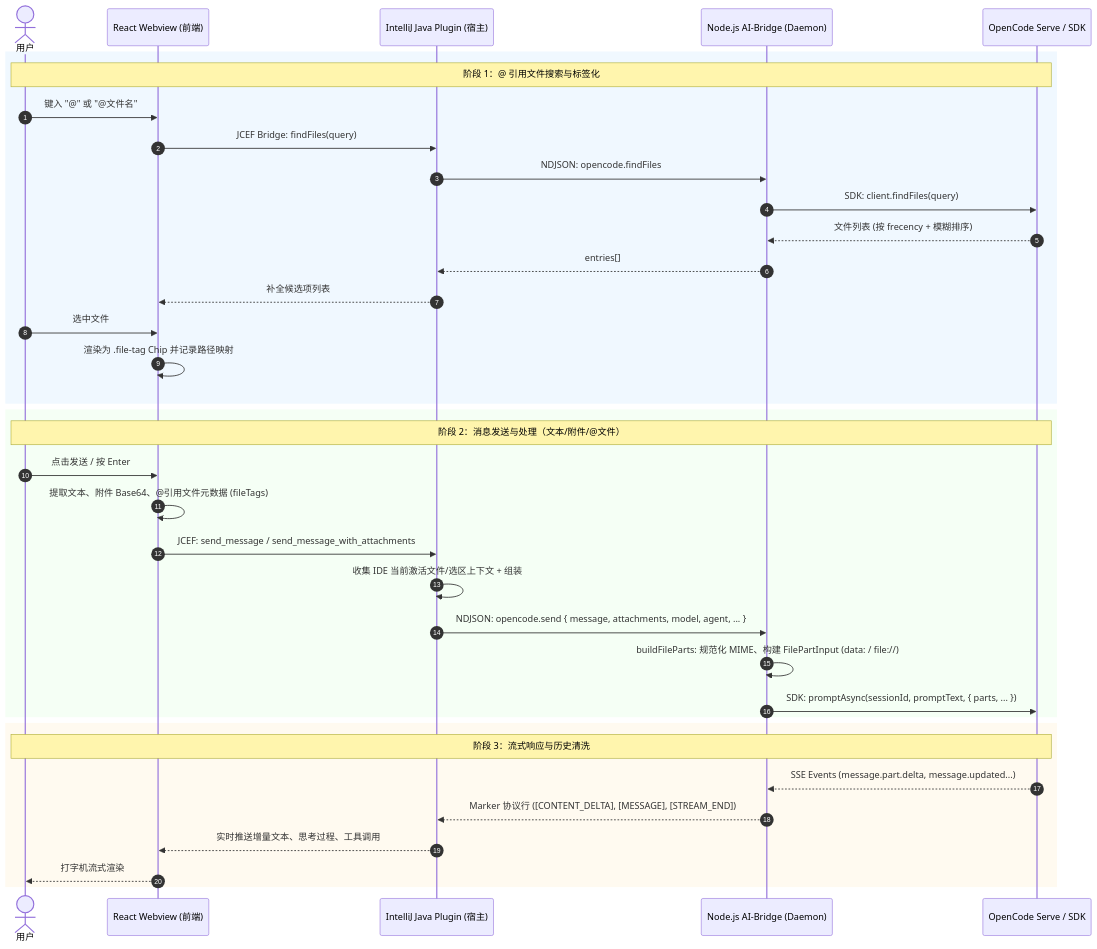
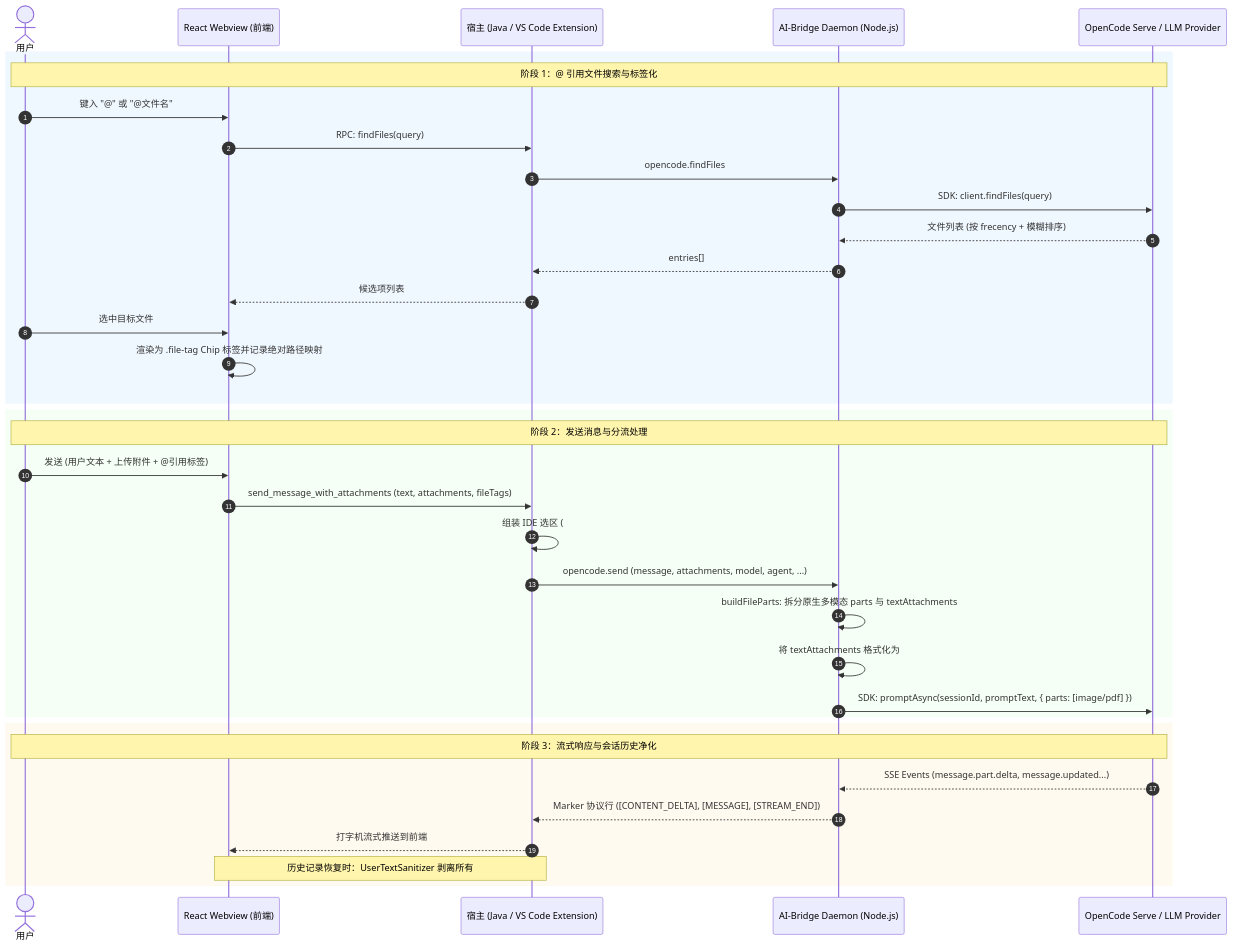
One commit to SenjuObito/opencode-idea-gui changed the diagram in docs/file-attachment-and-message-flow.md. Above: the diagram before and after it, drawn with Mermaid. The commit also changed other lines of this file and 1033 other files, not shown here.

Commit message:
✨重构添加附件，@应用文件，！bash命令，/opencode命令逻辑，压缩上下文逻辑，解决图标字体对不上问题

````diff
--- a/docs/file-attachment-and-message-flow.md
+++ b/docs/file-attachment-and-message-flow.md
@@ -11,44 +22,44 @@
 ```mermaid
 sequenceDiagram
     autonumber
     actor User as 用户
     participant Webview as React Webview (前端)
-    participant Java as IntelliJ Java Plugin (宿主)
-    participant Daemon as Node.js AI-Bridge (Daemon)
-    participant OpenCode as OpenCode Serve / SDK
+    participant Host as 宿主 (Java / VS Code Extension)
+    participant Bridge as AI-Bridge Daemon (Node.js)
+    participant OpenCode as OpenCode Serve / LLM Provider
 
-    %% 场景1：@引用文件搜索与补全
+    %% 场景1：@ 引用文件
     rect rgb(240, 248, 255)
     Note over User, OpenCode: 阶段 1：@ 引用文件搜索与标签化
     User->>Webview: 键入 "@" 或 "@文件名"
-    Webview->>Java: JCEF Bridge: findFiles(query)
-    Java->>Daemon: NDJSON: opencode.findFiles
-    Daemon->>OpenCode: SDK: client.findFiles(query)
-    OpenCode-->>Daemon: 文件列表 (按 frecency + 模糊排序)
-    Daemon-->>Java: entries[]
-    Java-->>Webview: 补全候选项列表
-    User->>Webview: 选中文件
-    Webview->>Webview: 渲染为 .file-tag Chip 并记录路径映射
+    Webview->>Host: RPC: findFiles(query)
+    Host->>Bridge: opencode.findFiles
+    Bridge->>OpenCode: SDK: client.findFiles(query)
+    OpenCode-->>Bridge: 文件列表 (按 frecency + 模糊排序)
+    Bridge-->>Host: entries[]
+    Host-->>Webview: 候选项列表
+    User->>Webview: 选中目标文件
+    Webview->>Webview: 渲染为 .file-tag Chip 标签并记录绝对路径映射
     end
 
-    %% 阶段 2：发送消息（文本 + 附件 + @引用）
+    %% 场景2：发送消息与上下文组装
     rect rgb(245, 255, 245)
-    Note over User, OpenCode: 阶段 2：消息发送与处理（文本/附件/@文件）
-    User->>Webview: 点击发送 / 按 Enter
-    Webview->>Webview: 提取文本、附件 Base64、@引用文件元数据 (fileTags)
-    Webview->>Java: JCEF: send_message / send_message_with_attachments
-    Java->>Java: 收集 IDE 当前激活文件/选区上下文 + 组装 ## Referenced Files
-    Java->>Daemon: NDJSON: opencode.send { message, attachments, model, agent, ... }
-    Daemon->>Daemon: buildFileParts: 规范化 MIME、构建 FilePartInput (data: / file://)
-    Daemon->>OpenCode: SDK: promptAsync(sessionId, promptText, { parts, ... })
+    Note over User, OpenCode: 阶段 2：发送消息与分流处理
+    User->>Webview: 发送 (用户文本 + 上传附件 + @引用标签)
+    Webview->>Host: send_message_with_attachments (text, attachments, fileTags)
+    Host->>Host: 组装 IDE 选区 (## IDE Context) + @引用 (## Referenced Files)
+    Host->>Bridge: opencode.send (message, attachments, model, agent, ...)
+    Bridge->>Bridge: buildFileParts: 拆分原生多模态 parts 与 textAttachments
+    Bridge->>Bridge: 将 textAttachments 格式化为 ## Attached Files 拼入 promptText
+    Bridge->>OpenCode: SDK: promptAsync(sessionId, promptText, { parts: [image/pdf] })
     end
 
-    %% 阶段 3：流式响应与渲染
+    %% 阶段 3：流式响应与历史回放
     rect rgb(255, 250, 240)
-    Note over User, OpenCode: 阶段 3：流式响应与历史清洗
-    OpenCode-->>Daemon: SSE Events (message.part.delta, message.updated...)
-    Daemon-->>Java: Marker 协议行 ([CONTENT_DELTA], [MESSAGE], [STREAM_END])
-    Java-->>Webview: 实时推送增量文本、思考过程、工具调用
-    Webview-->>User: 打字机流式渲染
+    Note over User, OpenCode: 阶段 3：流式响应与会话历史净化
+    OpenCode-->>Bridge: SSE Events (message.part.delta, message.updated...)
+    Bridge-->>Host: Marker 协议行 ([CONTENT_DELTA], [MESSAGE], [STREAM_END])
+    Host-->>Webview: 打字机流式推送到前端
+    Note over Webview, Host: 历史记录恢复时：UserTextSanitizer 剥离所有 ## 注入段落，保留纯净用户气泡与 Chip 标签
     end
 ```
````
